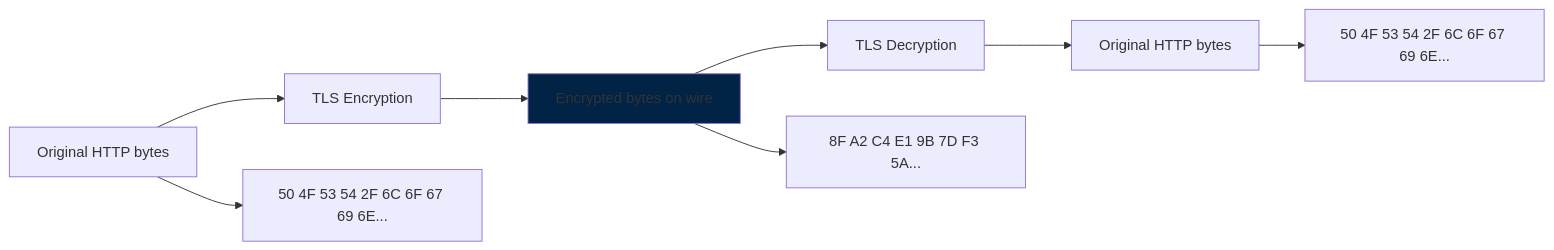
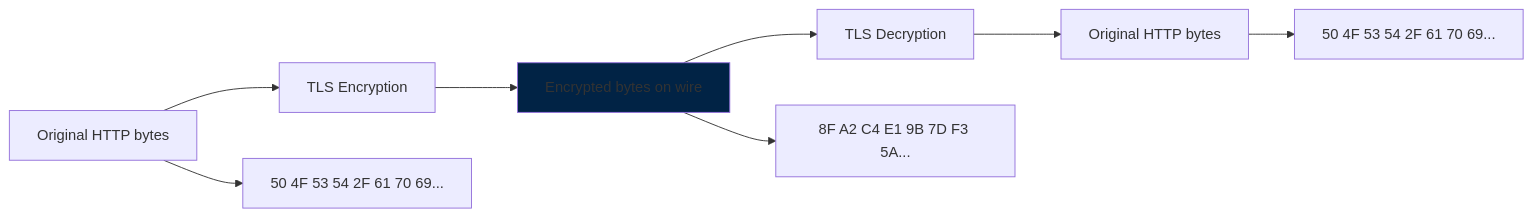
The tenth of 21 diagrams in מדריך מקיף - תקשורת רשת, HTTP ו-JSON.md (EliGuriel/Course_Meeting5), drawn with Mermaid before and after one commit. The commit also changed other lines of this file and 3 other files, not shown here.

````diff
--- a/מדריך מקיף - תקשורת רשת, HTTP ו-JSON.md
+++ b/מדריך מקיף - תקשורת רשת, HTTP ו-JSON.md
@@ -715,13 +760,13 @@
 ```mermaid
 graph LR
     A[Original HTTP bytes] --> B[TLS Encryption]
     B --> C[Encrypted bytes on wire]
     C --> D[TLS Decryption]
     D --> E[Original HTTP bytes]
     
-    A --> A1["50 4F 53 54 2F 6C 6F 67 69 6E..."]
+    A --> A1["50 4F 53 54 2F 61 70 69..."]
     C --> C1["8F A2 C4 E1 9B 7D F3 5A..."]
-    E --> E1["50 4F 53 54 2F 6C 6F 67 69 6E..."]
+    E --> E1["50 4F 53 54 2F 61 70 69..."]
     
     style C fill:#012345
 ```
````
